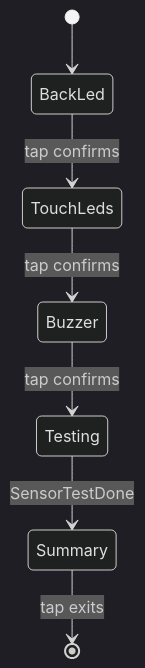
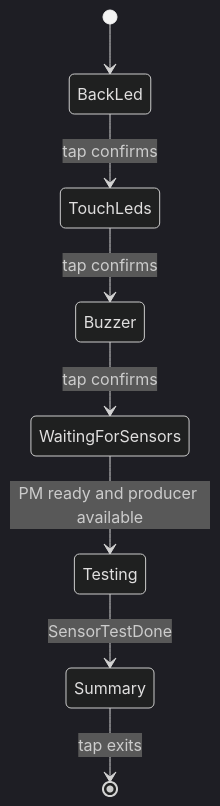
Before and after one commit to Open-Air-Foundation/firmware-core: the diagram in products/go/docs/hardware_test.md, drawn with Mermaid (dark theme). The commit also changed other lines of this file and 3 other files, not shown here.

````diff
--- a/products/go/docs/hardware_test.md
+++ b/products/go/docs/hardware_test.md
@@ -100,9 +100,10 @@
 ```mermaid
 stateDiagram-v2
     [*] --> BackLed
     BackLed --> TouchLeds: tap confirms
     TouchLeds --> Buzzer: tap confirms
-    Buzzer --> Testing: tap confirms
+    Buzzer --> WaitingForSensors: tap confirms
+    WaitingForSensors --> Testing: PM ready and producer available
     Testing --> Summary: SensorTestDone
     Summary --> [*]: tap exits
 ```
````
